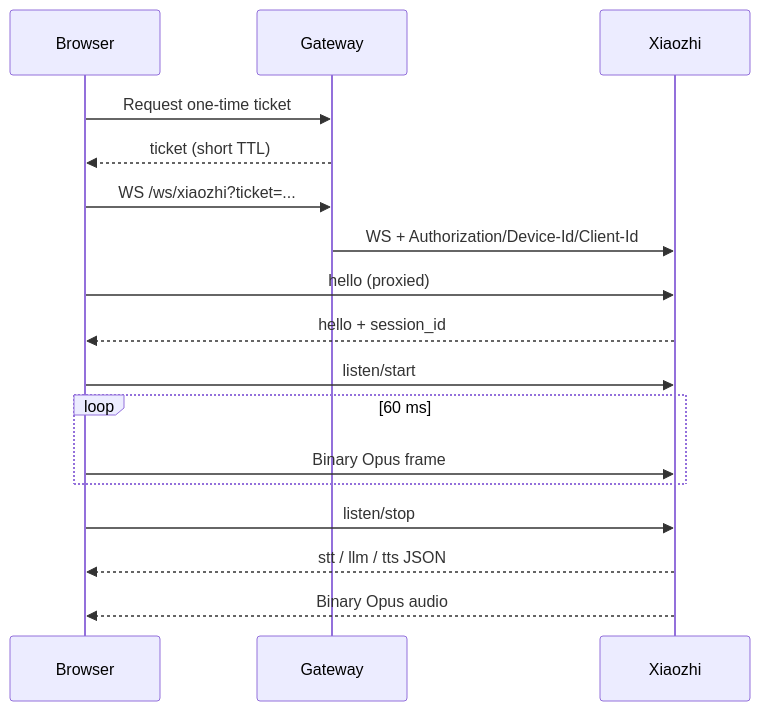
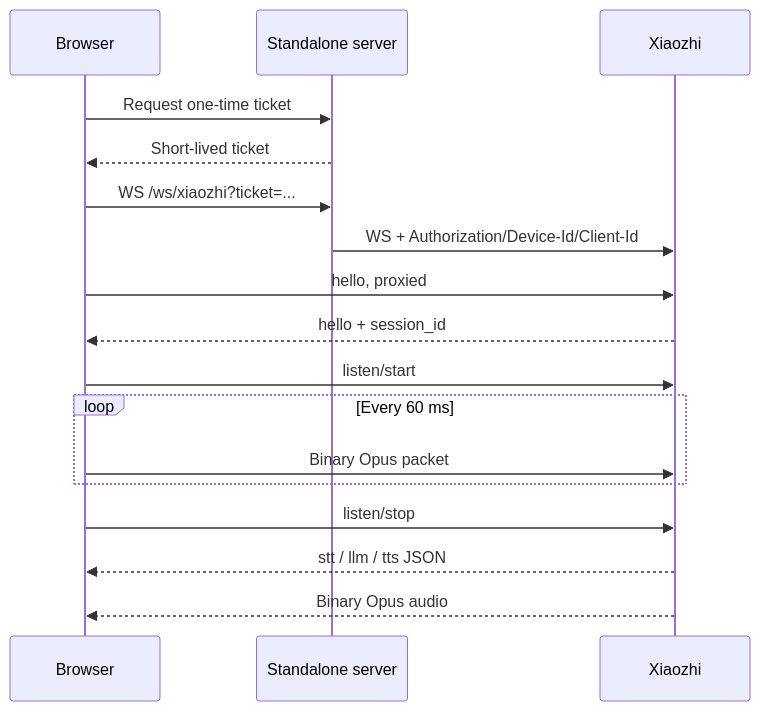
One commit to Base27-CVNSS/ViPocket-Xiaozhi changed the fourth of 4 diagrams in docs/ARCHITECTURE.md. Above: the diagram before and after it, drawn with Mermaid. The commit also changed other lines of this file, not shown here.

Commit message:
docs: describe the one-process architecture

````diff
--- a/docs/ARCHITECTURE.md
+++ b/docs/ARCHITECTURE.md
@@ -66,20 +97,20 @@
 ```mermaid
 sequenceDiagram
   participant B as Browser
-  participant G as Gateway
+  participant S as Standalone server
   participant X as Xiaozhi
 
-  B->>G: Request one-time ticket
-  G-->>B: ticket (short TTL)
-  B->>G: WS /ws/xiaozhi?ticket=...
-  G->>X: WS + Authorization/Device-Id/Client-Id
-  B->>X: hello (proxied)
+  B->>S: Request one-time ticket
+  S-->>B: Short-lived ticket
+  B->>S: WS /ws/xiaozhi?ticket=...
+  S->>X: WS + Authorization/Device-Id/Client-Id
+  B->>X: hello, proxied
   X-->>B: hello + session_id
   B->>X: listen/start
-  loop 60 ms
-    B->>X: Binary Opus frame
+  loop Every 60 ms
+    B->>X: Binary Opus packet
   end
   B->>X: listen/stop
   X-->>B: stt / llm / tts JSON
   X-->>B: Binary Opus audio
 ```
````
